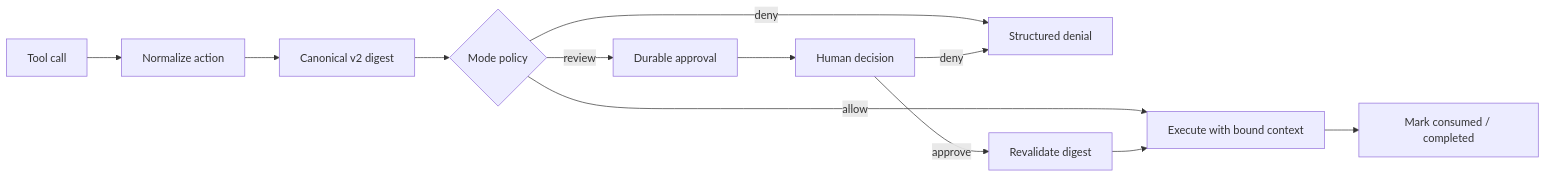
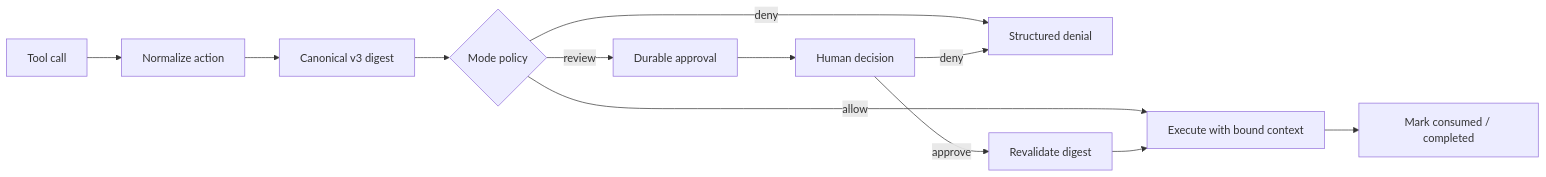
One commit to kiazh/Machina-Harness changed the fifth of 10 diagrams in README.md. Above: the diagram before and after it, drawn with Mermaid. The commit also changed other lines of this file and 101 other files, not shown here.

````diff
--- a/README.md
+++ b/README.md
@@ -784,14 +784,14 @@
 ```mermaid
 flowchart LR
     A[Tool call] --> B[Normalize action]
-    B --> C[Canonical v2 digest]
+    B --> C[Canonical v3 digest]
     C --> D{Mode policy}
     D -- allow --> E[Execute with bound context]
     D -- deny --> F[Structured denial]
     D -- review --> G[Durable approval]
     G --> H[Human decision]
     H -- approve --> I[Revalidate digest]
     I --> E
     H -- deny --> F
     E --> J[Mark consumed / completed]
 ```
````
